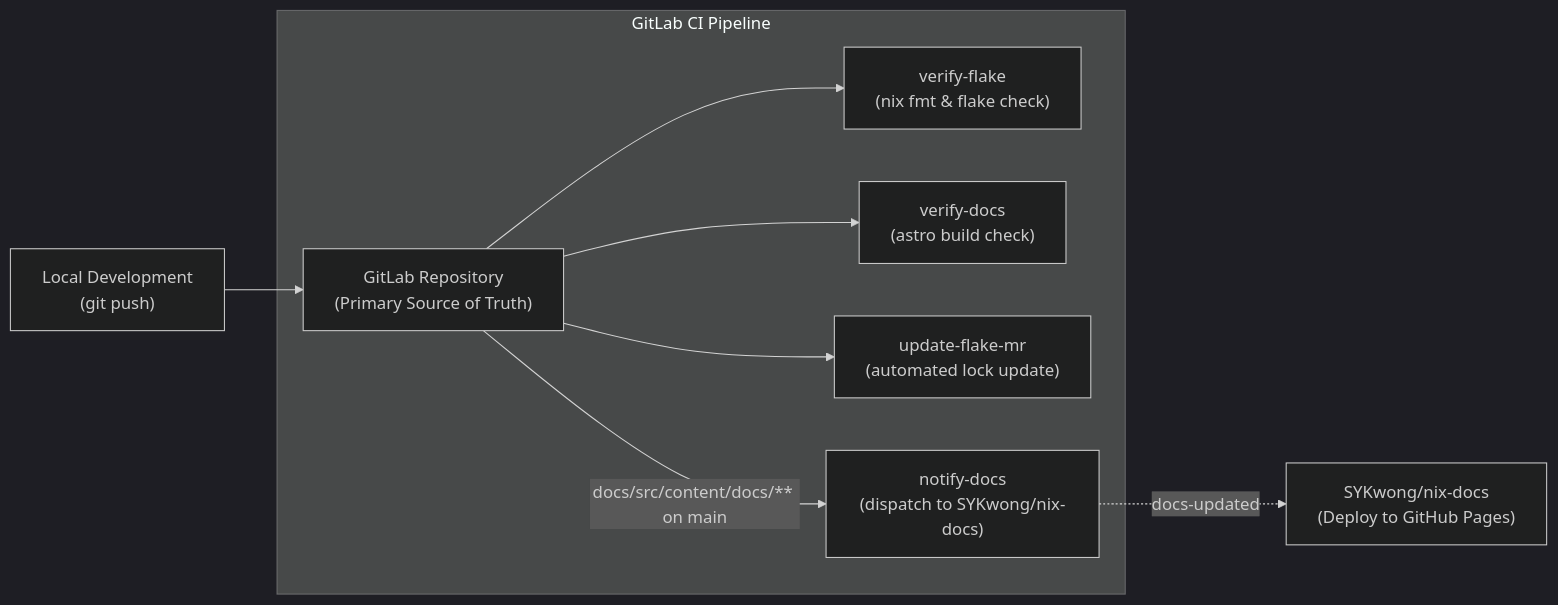
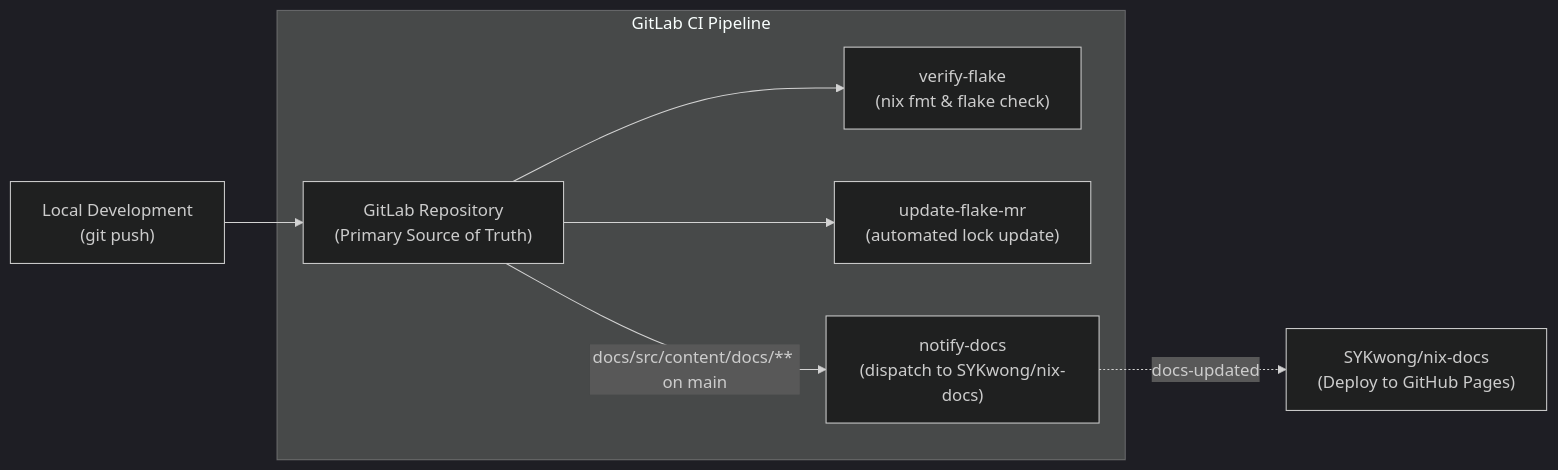
The diagram in docs/src/content/docs/adoption.md (SYKwong/nix-config), drawn with Mermaid (dark theme) before and after one commit. The commit also changed 12 other files, not shown here.

````diff
--- a/docs/src/content/docs/adoption.md
+++ b/docs/src/content/docs/adoption.md
@@ -176,11 +176,10 @@
 ```mermaid
 flowchart LR
     dev["Local Development<br/>(git push)"] --> gitlab["GitLab Repository<br/>(Primary Source of Truth)"]
     subgraph gitlab_ci ["GitLab CI Pipeline"]
         gitlab --> test["verify-flake<br/>(nix fmt & flake check)"]
-        gitlab --> docs_check["verify-docs<br/>(astro build check)"]
         gitlab --> lock_bot["update-flake-mr<br/>(automated lock update)"]
         gitlab -- "docs/src/content/docs/** on main" --> dispatch["notify-docs<br/>(dispatch to SYKwong/nix-docs)"]
     end
     dispatch -. "docs-updated" .-> nix_docs["SYKwong/nix-docs<br/>(Deploy to GitHub Pages)"]
 ```
````
